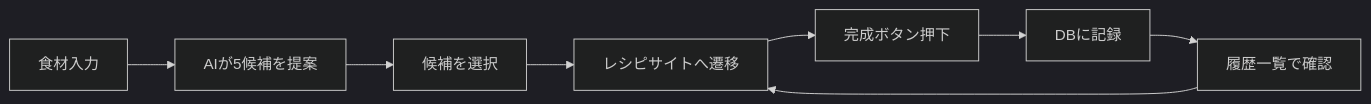
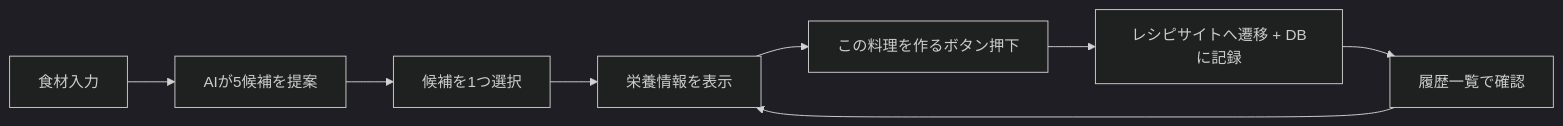
The first of 2 diagrams in docs/requirements.md (kikiki-0604/1015_study), drawn with Mermaid (dark theme) before and after one commit. The commit also changed other lines of this file and 11 other files, not shown here.

````diff
--- a/docs/requirements.md
+++ b/docs/requirements.md
@@ -34,10 +35,10 @@
 ```mermaid
 flowchart LR
     A[食材入力] --> B[AIが5候補を提案]
-    B --> C[候補を選択]
-    C --> D[レシピサイトへ遷移]
-    D --> E[完成ボタン押下]
-    E --> F[DBに記録]
+    B --> C[候補を1つ選択]
+    C --> D[栄養情報を表示]
+    D --> E[この料理を作るボタン押下]
+    E --> F[レシピサイトへ遷移 + DBに記録]
     F --> G[履歴一覧で確認]
     G --> D
 ```
````
